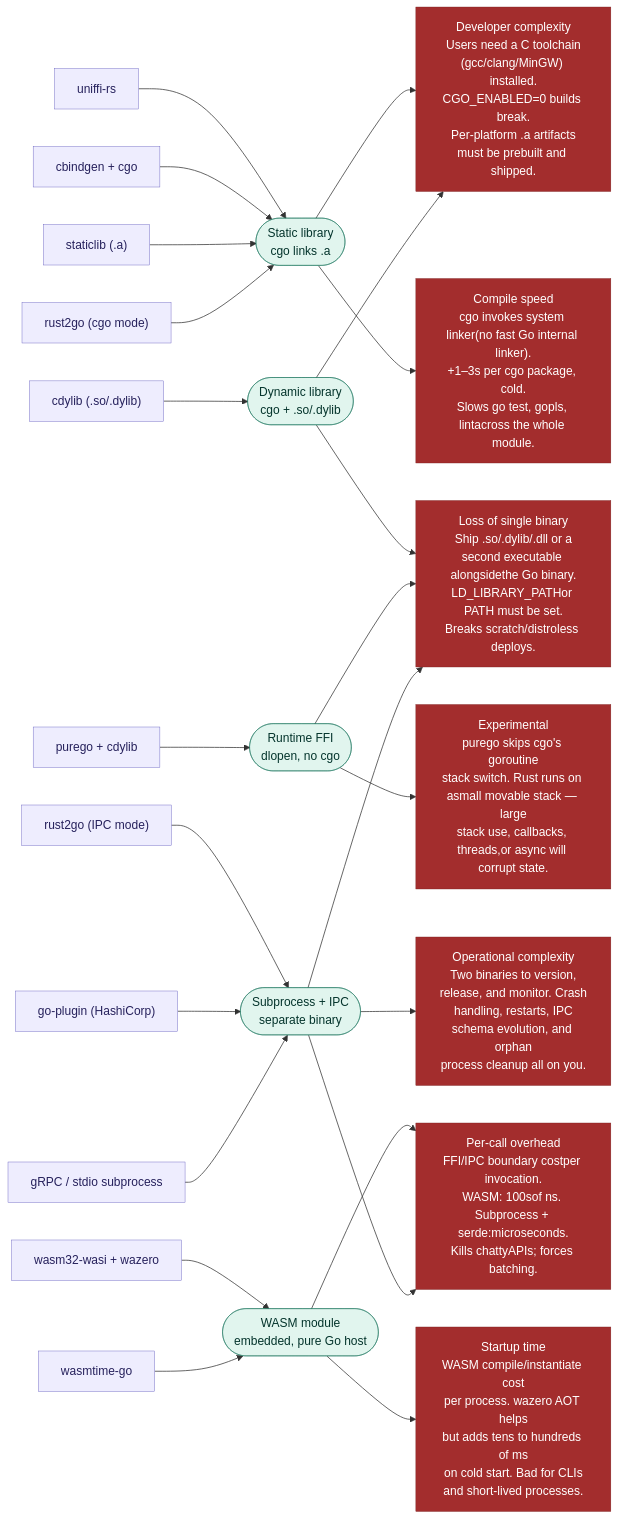
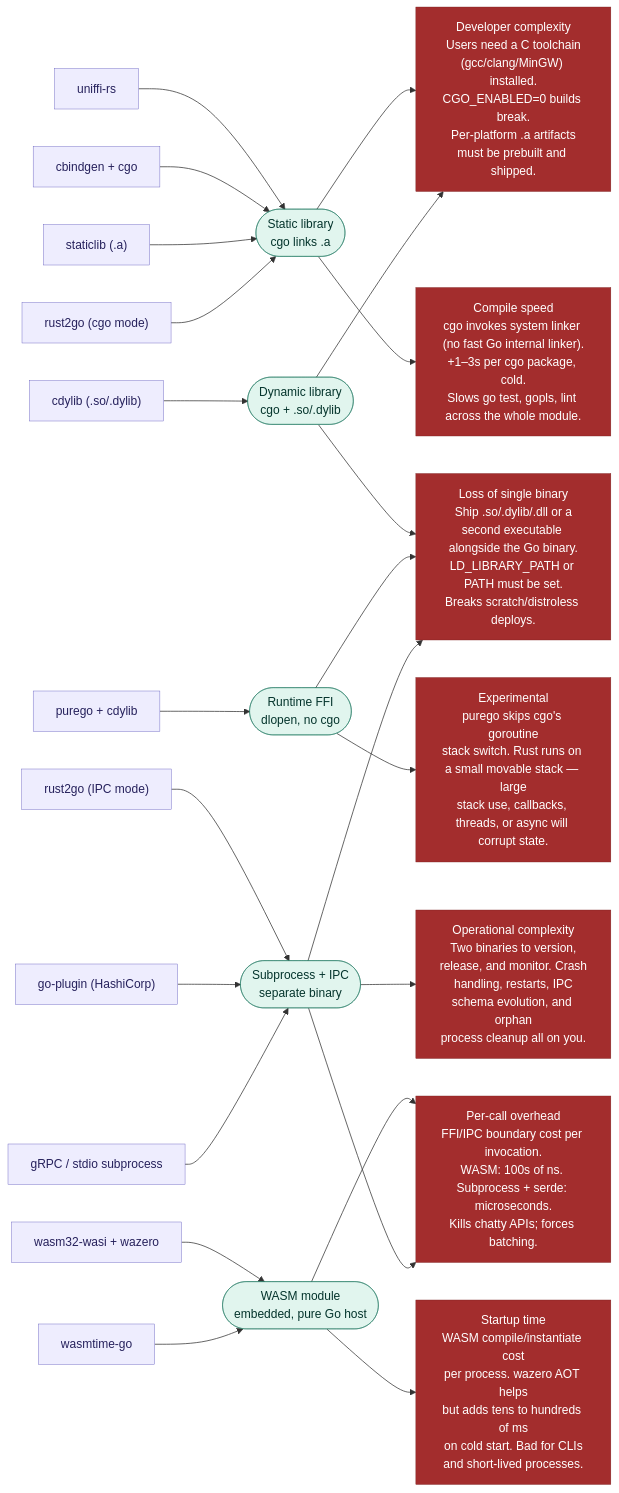
The diagram in content/handbook/engineering/architecture/design-documents/theseus_platform_vision/decisions/005_labkit_go_native_go_library.md (kyama0/gitlab-handbook-ja), drawn with Mermaid before and after one commit. The commit also changed other lines of this file and 65 other files, not shown here.

````diff
--- a/content/handbook/engineering/architecture/design-documents/theseus_platform_vision/decisions/005_labkit_go_native_go_library.md
+++ b/content/handbook/engineering/architecture/design-documents/theseus_platform_vision/decisions/005_labkit_go_native_go_library.md
@@ -97,63 +97,63 @@
 ```mermaid
 flowchart LR
   uniffi["uniffi-rs"]:::tool
   cbindgen["cbindgen + cgo"]:::tool
   staticlib["staticlib (.a)"]:::tool
   cdylib["cdylib (.so/.dylib)"]:::tool
   purego["purego + cdylib"]:::tool
   r2g_cgo["rust2go (cgo mode)"]:::tool
   r2g_ipc["rust2go (IPC mode)"]:::tool
   wazero["wasm32-wasi + wazero"]:::tool
   wasmtime["wasmtime-go"]:::tool
   goplugin["go-plugin (HashiCorp)"]:::tool
   grpc["gRPC / stdio subprocess"]:::tool
 
   static_mech(["Static library\ncgo links .a"]):::mech
   dynamic_mech(["Dynamic library\ncgo + .so/.dylib"]):::mech
   runtime_mech(["Runtime FFI\ndlopen, no cgo"]):::mech
   wasm_mech(["WASM module\nembedded, pure Go host"]):::mech
   subprocess_mech(["Subprocess + IPC\nseparate binary"]):::mech
 
   dev_complex["Developer complexity\nUsers need a C toolchain\n(gcc/clang/MinGW) installed.\nCGO_ENABLED=0 builds break.\nPer-platform .a artifacts\nmust be prebuilt and shipped."]:::term
-  compile_speed["Compile speed\ncgo invokes system linker(no fast Go internal linker).\n+1–3s per cgo package, cold.\nSlows go test, gopls, lintacross the whole module."]:::term
-  per_call["Per-call overhead\nFFI/IPC boundary costper invocation.\nWASM: 100sof ns. Subprocess + serde:microseconds.\nKills chattyAPIs; forces batching."]:::term
-  loss_binary["Loss of single binary\nShip .so/.dylib/.dll or a\nsecond executable alongsidethe Go binary.\nLD_LIBRARY_PATHor PATH must be set.\nBreaks scratch/distroless deploys."]:::term
+  compile_speed["Compile speed\ncgo invokes system linker (no fast Go internal linker).\n+1–3s per cgo package, cold.\nSlows go test, gopls, lint across the whole module."]:::term
+  per_call["Per-call overhead\nFFI/IPC boundary cost per invocation.\nWASM: 100s of ns. Subprocess + serde: microseconds.\nKills chatty APIs; forces batching."]:::term
+  loss_binary["Loss of single binary\nShip .so/.dylib/.dll or a\nsecond executable alongside the Go binary.\nLD_LIBRARY_PATH or PATH must be set.\nBreaks scratch/distroless deploys."]:::term
   startup["Startup time\nWASM compile/instantiate cost\nper process. wazero AOT helps\nbut adds tens to hundreds of ms\non cold start. Bad for CLIs\nand short-lived processes."]:::term
-  experimental["Experimental\npurego skips cgo's goroutine\nstack switch. Rust runs on asmall movable stack — large\nstack use, callbacks, threads,or async will corrupt state."]:::term
+  experimental["Experimental\npurego skips cgo's goroutine\nstack switch. Rust runs on a small movable stack — large\nstack use, callbacks, threads, or async will corrupt state."]:::term
   ops_complex["Operational complexity\nTwo binaries to version,\nrelease, and monitor. Crash\nhandling, restarts, IPC\nschema evolution, and orphan\nprocess cleanup all on you."]:::term
 
   uniffi --> static_mech
   cbindgen --> static_mech
   staticlib --> static_mech
   r2g_cgo --> static_mech
 
   cdylib --> dynamic_mech
   purego --> runtime_mech
 
   wazero --> wasm_mech
   wasmtime --> wasm_mech
 
   r2g_ipc --> subprocess_mech
   goplugin --> subprocess_mech
   grpc --> subprocess_mech
 
   static_mech --> dev_complex
   static_mech --> compile_speed
 
   dynamic_mech --> dev_complex
   dynamic_mech --> loss_binary
 
   runtime_mech --> experimental
   runtime_mech --> loss_binary
 
   wasm_mech --> per_call
   wasm_mech --> startup
 
   subprocess_mech --> ops_complex
   subprocess_mech --> loss_binary
   subprocess_mech --> per_call
 
   classDef tool fill:#EEEDFE,stroke:#534AB7,color:#26215C,stroke-width:0.5px;
   classDef mech fill:#E1F5EE,stroke:#0F6E56,color:#04342C,stroke-width:0.5px;
   classDef term fill:#A32D2D,stroke:#791F1F,color:#ffffff,stroke-width:0.5px;
 ```
````
